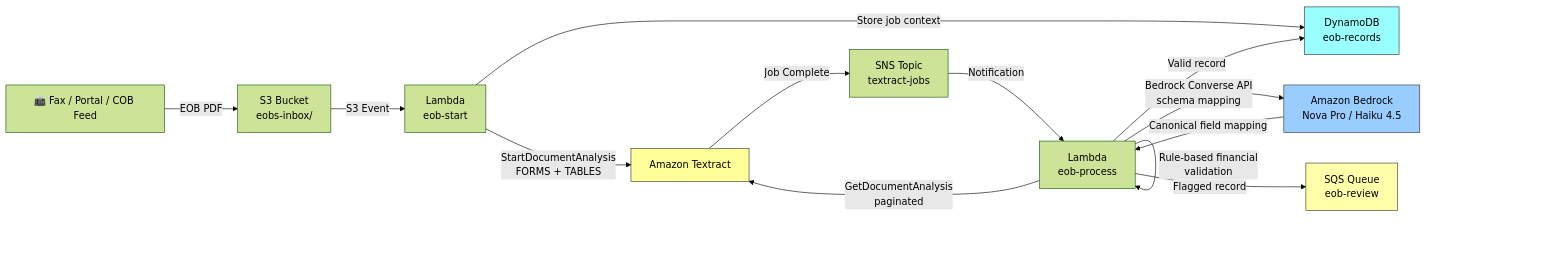
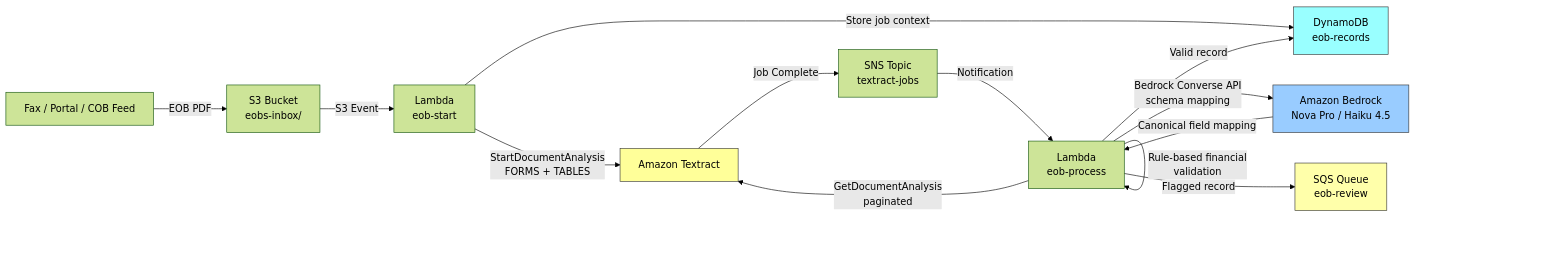
The diagram in chapter01.08-architecture.md (ccrngd1/HCLS-ai-book), drawn with Mermaid (forest theme) before and after one commit. The commit also changed other lines of this file and 515 other files, not shown here.

````diff
--- a/chapter01.08-architecture.md
+++ b/chapter01.08-architecture.md
@@ -25,22 +25,22 @@
 ```mermaid
 flowchart LR
-    A[📠 Fax / Portal / COB Feed] -->|EOB PDF| B[S3 Bucket\neobs-inbox/]
-    B -->|S3 Event| C[Lambda\neob-start]
-    C -->|StartDocumentAnalysis\nFORMS + TABLES| D[Amazon Textract]
-    C -->|Store job context| G
-    D -->|Job Complete| E[SNS Topic\ntextract-jobs]
-    E -->|Notification| F[Lambda\neob-process]
-    F -->|GetDocumentAnalysis\npaginated| D
-    F -->|Known payer?| F
-    F -->|Static profile\nhigh-volume payers| F
-    F -->|Bedrock Converse API\nschema mapping| H[Amazon Bedrock\nNova Pro / Haiku 4.5]
-    H -->|Canonical field mapping| F
-    F -->|Rule-based financial\nvalidation| F
-    F -->|Valid record| G[DynamoDB\neob-records]
-    F -->|Flagged record| I[SQS Queue\neob-review]
+ A[Fax / Portal / COB Feed] -->|EOB PDF| B[S3 Bucket\neobs-inbox/]
+ B -->|S3 Event| C[Lambda\neob-start]
+ C -->|StartDocumentAnalysis\nFORMS + TABLES| D[Amazon Textract]
+ C -->|Store job context| G
+ D -->|Job Complete| E[SNS Topic\ntextract-jobs]
+ E -->|Notification| F[Lambda\neob-process]
+ F -->|GetDocumentAnalysis\npaginated| D
+ F -->|Known payer?| F
+ F -->|Static profile\nhigh-volume payers| F
+ F -->|Bedrock Converse API\nschema mapping| H[Amazon Bedrock\nNova Pro / Haiku 4.5]
+ H -->|Canonical field mapping| F
+ F -->|Rule-based financial\nvalidation| F
+ F -->|Valid record| G[DynamoDB\neob-records]
+ F -->|Flagged record| I[SQS Queue\neob-review]
 
-    style D fill:#ff9,stroke:#333
-    style H fill:#9cf,stroke:#333
-    style G fill:#9ff,stroke:#333
-    style I fill:#ffa,stroke:#333
+ style D fill:#ff9,stroke:#333
+ style H fill:#9cf,stroke:#333
+ style G fill:#9ff,stroke:#333
+ style I fill:#ffa,stroke:#333
 ```
````
